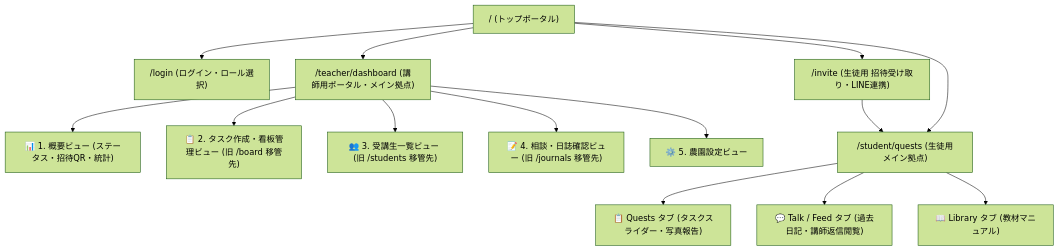
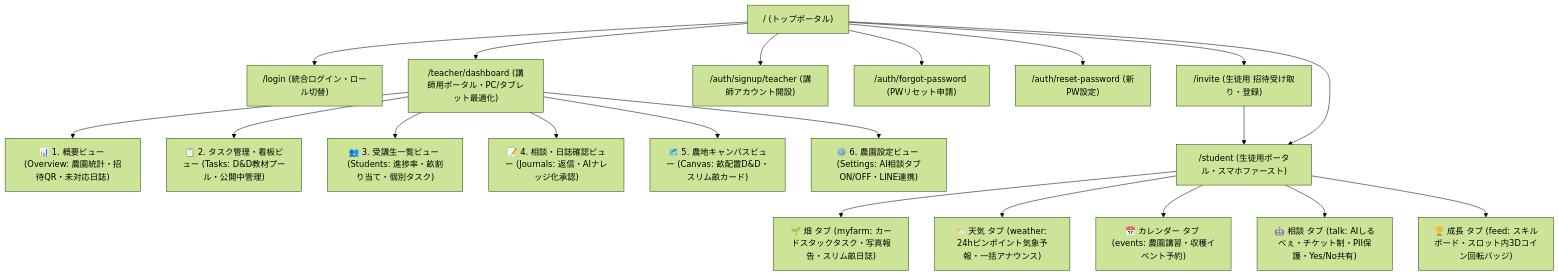
One commit to stakeshita111-cyber/nou-ato changed the diagram in docs/SITE_STRUCTURE.md. Above: the diagram before and after it, drawn with Mermaid (forest theme). The commit also changed other lines of this file and 5 other files, not shown here.

First line of the commit message:
docs: update app preview and synchronize review checklist & architecture docs

````diff
--- a/docs/SITE_STRUCTURE.md
+++ b/docs/SITE_STRUCTURE.md
@@ -9,23 +9,29 @@
 ```mermaid
 graph TD
     Root["/ (トップポータル)"]
 
     %% 認証・登録系
-    Root --> Login["/login (ログイン・ロール選択)"]
-    Root --> Invite["/invite (生徒用 招待受け取り・LINE連携)"]
+    Root --> Login["/login (統合ログイン・ロール切替)"]
+    Root --> Invite["/invite (生徒用 招待受け取り・登録)"]
+    Root --> SignupT["/auth/signup/teacher (講師アカウント開設)"]
+    Root --> Forgot["/auth/forgot-password (PWリセット申請)"]
+    Root --> Reset["/auth/reset-password (新PW設定)"]
 
     %% 講師領域 (Teacher Domain)
-    Root --> TeacherDash["/teacher/dashboard (講師用ポータル・メイン拠点)"]
-    TeacherDash --> View1["📊 1. 概要ビュー (ステータス・招待QR・統計)"]
-    TeacherDash --> View2["📋 2. タスク作成・看板管理ビュー (旧 /board 移管先)"]
-    TeacherDash --> View3["👥 3. 受講生一覧ビュー (旧 /students 移管先)"]
-    TeacherDash --> View4["📝 4. 相談・日誌確認ビュー (旧 /journals 移管先)"]
-    TeacherDash --> View5["⚙️ 5. 農園設定ビュー"]
+    Root --> TeacherDash["/teacher/dashboard (講師用ポータル・PC/タブレット最適化)"]
+    TeacherDash --> TView1["📊 1. 概要ビュー (Overview: 農園統計・招待QR・未対応日誌)"]
+    TeacherDash --> TView2["📋 2. タスク管理・看板ビュー (Tasks: D&D教材プール・公開中管理)"]
+    TeacherDash --> TView3["👥 3. 受講生一覧ビュー (Students: 進捗率・畝割り当て・個別タスク)"]
+    TeacherDash --> TView4["📝 4. 相談・日誌確認ビュー (Journals: 返信・AIナレッジ化承認)"]
+    TeacherDash --> TView5["🗺️ 5. 農地キャンバスビュー (Canvas: 畝配置D&D・スリム畝カード)"]
+    TeacherDash --> TView6["⚙️ 6. 農園設定ビュー (Settings: AI相談タブON/OFF・LINE連携)"]
 
     %% 生徒領域 (Student Domain)
-    Invite --> StudentQuests["/student/quests (生徒用メイン拠点)"]
-    Root --> StudentQuests
-    StudentQuests --> Tab1["📋 Quests タブ (タスクスライダー・写真報告)"]
-    StudentQuests --> Tab2["💬 Talk / Feed タブ (過去日記・講師返信閲覧)"]
-    StudentQuests --> Tab3["📖 Library タブ (教材マニュアル)"]
+    Invite --> StudentPortal["/student (生徒用ポータル・スマホファースト)"]
+    Root --> StudentPortal
+    StudentPortal --> STab1["🌱 畑 タブ (myfarm: カードスタックタスク・写真報告・スリム畝日誌)"]
+    StudentPortal --> STab2["⛅ 天気 タブ (weather: 24hピンポイント気象予報・一括アナウンス)"]
+    StudentPortal --> STab3["📅 カレンダー タブ (events: 農園講習・収穫イベント予約)"]
+    StudentPortal --> STab4["🤖 相談 タブ (talk: AIしるべぇ・チケット制・PII保護・Yes/No共有)"]
+    StudentPortal --> STab5["🏆 成長 タブ (feed: スキルボード・スロット内3Dコイン回転バッジ)"]
 ```
````
